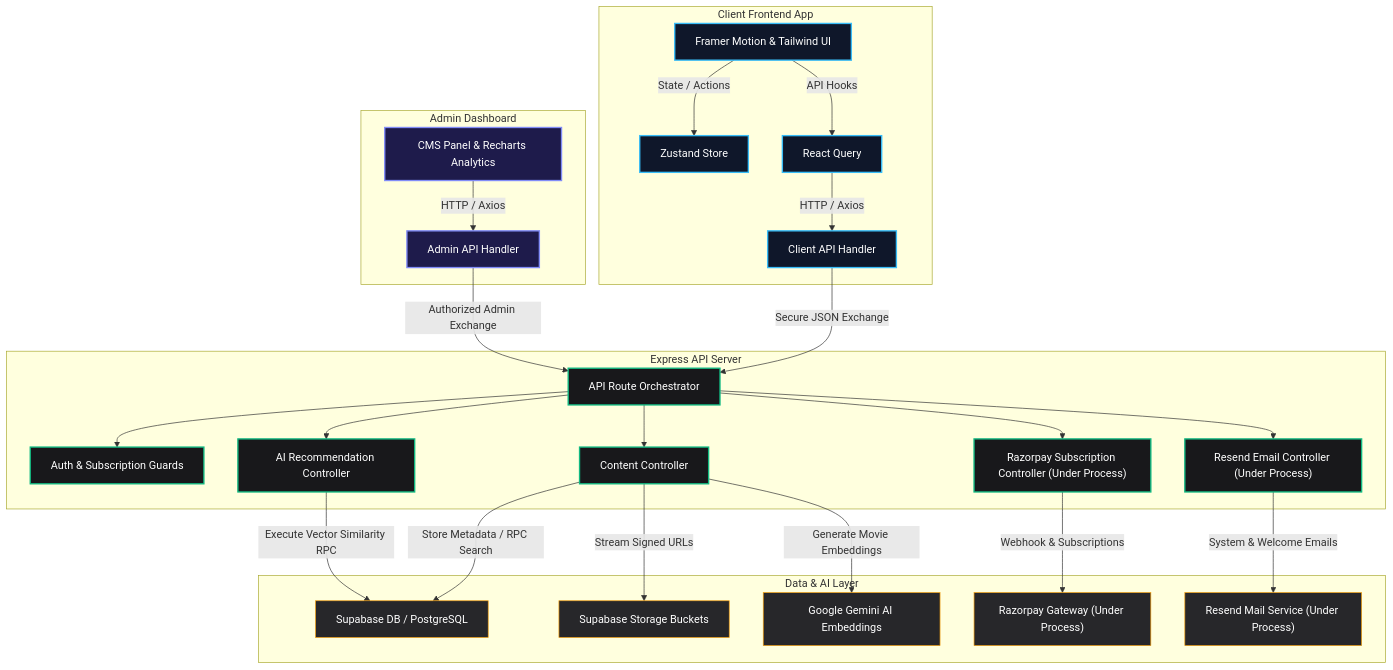
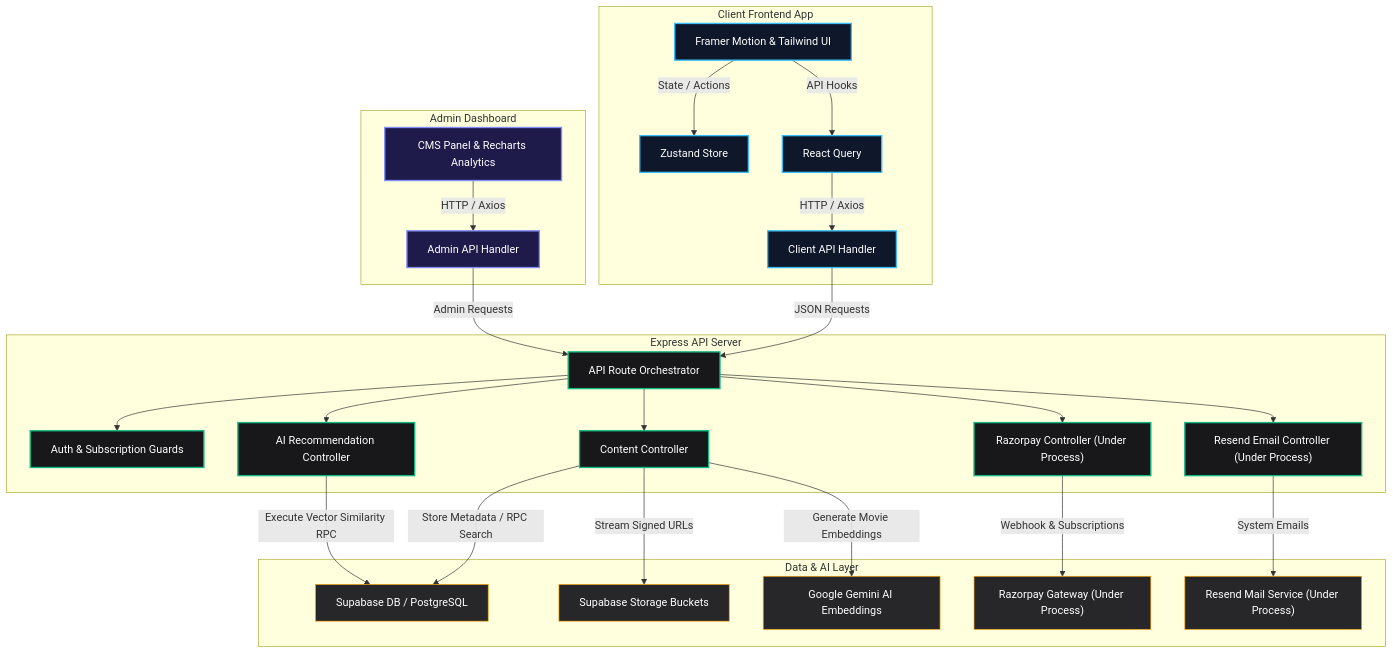
Before and after one commit to Durgaprasad-Developer/CINERA: the diagram in README.md, drawn with Mermaid. The commit also changed other lines of this file, not shown here.

````diff
--- a/README.md
+++ b/README.md
@@ -11,54 +11,54 @@
 ```mermaid
 graph TD
     %% Styling
     classDef clientStyle fill:#0f172a,stroke:#38bdf8,stroke-width:2px,color:#fff;
     classDef adminStyle fill:#1e1b4b,stroke:#818cf8,stroke-width:2px,color:#fff;
     classDef serverStyle fill:#18181b,stroke:#10b981,stroke-width:2px,color:#fff;
     classDef externalStyle fill:#27272a,stroke:#f59e0b,stroke-width:1px,color:#fff;
 
     subgraph ClientWorkspace [Client Frontend App]
         UI[Framer Motion & Tailwind UI] -->|State / Actions| Zustand[Zustand Store]
         UI -->|API Hooks| RQ[React Query]
         RQ -->|HTTP / Axios| APIClient[Client API Handler]
     end
 
     subgraph AdminWorkspace [Admin Dashboard]
         AdminUI[CMS Panel & Recharts Analytics] -->|HTTP / Axios| AdminAPIClient[Admin API Handler]
     end
 
     subgraph ServerWorkspace [Express API Server]
         Router[API Route Orchestrator] --> AuthMiddleware[Auth & Subscription Guards]
         Router --> ContentCtrl[Content Controller]
         Router --> RecommendCtrl[AI Recommendation Controller]
-        Router --> BillingCtrl["Razorpay Subscription Controller (Under Process)"]
+        Router --> BillingCtrl["Razorpay Controller (Under Process)"]
         Router --> NotificationCtrl["Resend Email Controller (Under Process)"]
     end
 
     subgraph CoreServices [Data & AI Layer]
         SupabaseDB[Supabase DB / PostgreSQL]
         SupabaseStorage[Supabase Storage Buckets]
         GeminiAI[Google Gemini AI Embeddings]
         Razorpay["Razorpay Gateway (Under Process)"]
         Resend["Resend Mail Service (Under Process)"]
     end
 
     %% Interactions
-    APIClient -->|Secure JSON Exchange| Router
-    AdminAPIClient -->|Authorized Admin Exchange| Router
+    APIClient -->|JSON Requests| Router
+    AdminAPIClient -->|Admin Requests| Router
     
     ContentCtrl -->|Store Metadata / RPC Search| SupabaseDB
     ContentCtrl -->|Stream Signed URLs| SupabaseStorage
     ContentCtrl -->|Generate Movie Embeddings| GeminiAI
     
     RecommendCtrl -->|Execute Vector Similarity RPC| SupabaseDB
     
     BillingCtrl -->|Webhook & Subscriptions| Razorpay
     
-    NotificationCtrl -->|System & Welcome Emails| Resend
+    NotificationCtrl -->|System Emails| Resend
 
     %% Class Assigns
     class UI,Zustand,RQ,APIClient clientStyle;
     class AdminUI,AdminAPIClient adminStyle;
     class Router,AuthMiddleware,ContentCtrl,RecommendCtrl,BillingCtrl,NotificationCtrl serverStyle;
     class SupabaseDB,SupabaseStorage,GeminiAI,Razorpay,Resend externalStyle;
 ```
````
